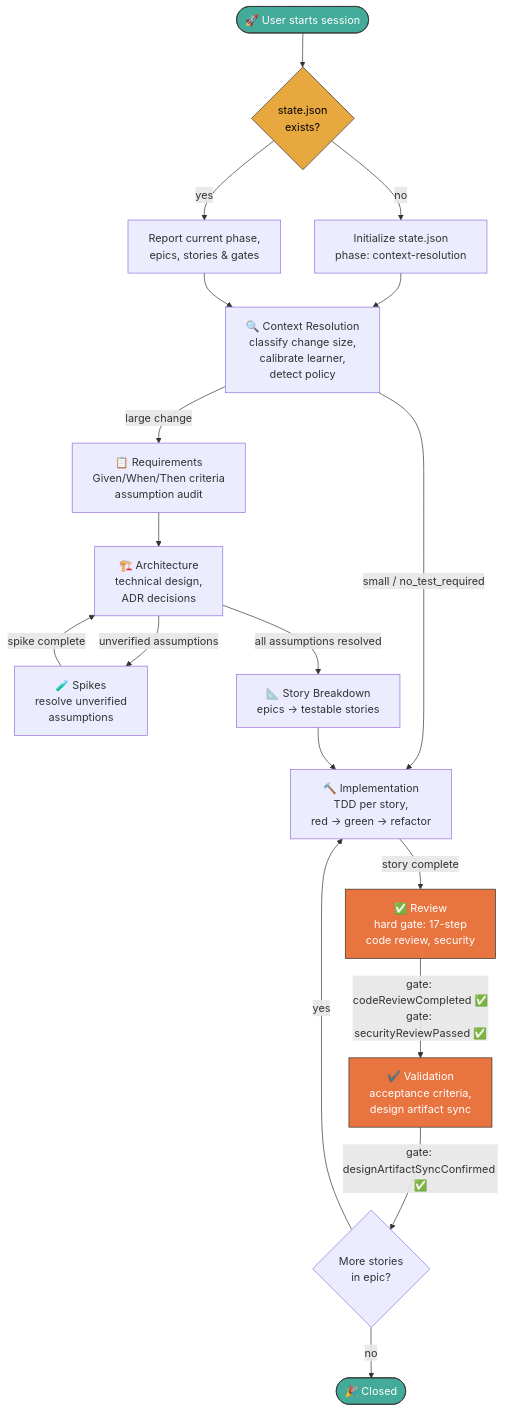
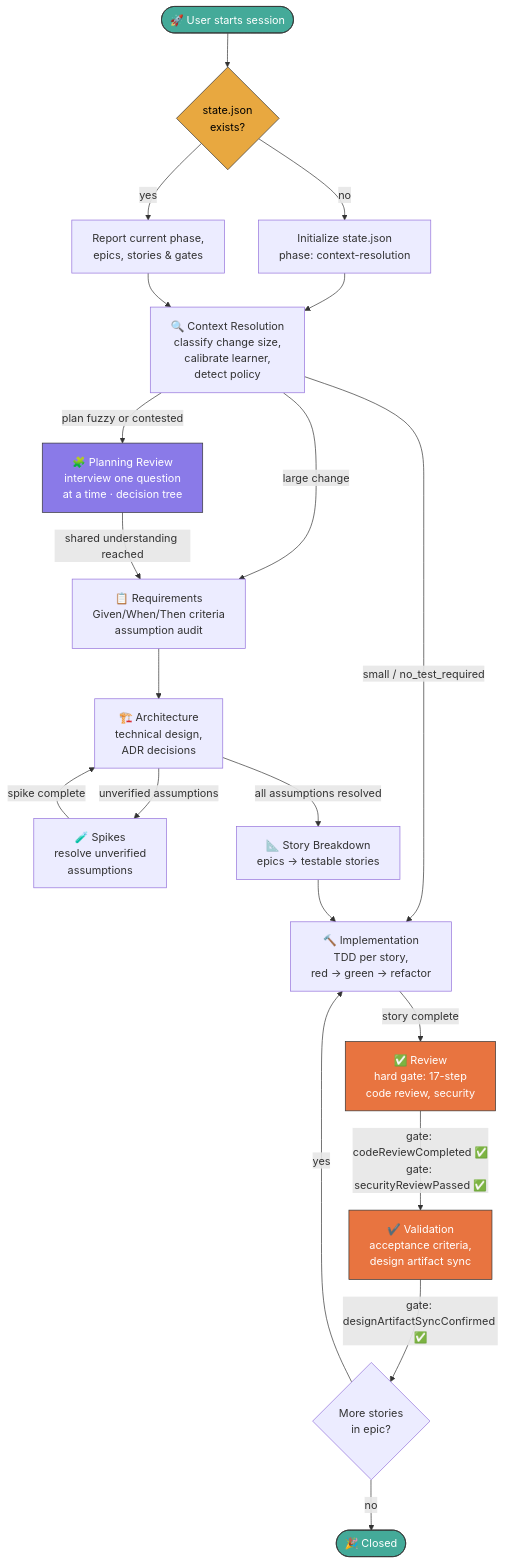
The diagram in README.md (naishtech/cadet-agent), drawn with Mermaid before and after one commit. The commit also changed other lines of this file and 14 other files, not shown here.

Commit message:
added planning review

````diff
--- a/README.md
+++ b/README.md
@@ -106,43 +107,48 @@
 ```mermaid
 flowchart TD
     START(["🚀 User starts session"])
     RESUME{"state.json<br/>exists?"}
     INIT["Initialize state.json<br/>phase: context-resolution"]
     REPORT["Report current phase,<br/>epics, stories & gates"]
     CR["🔍 Context Resolution<br/>classify change size,<br/>calibrate learner,<br/>detect policy"]
     REQ["📋 Requirements<br/>Given/When/Then criteria<br/>assumption audit"]
+    PLANREV["🧩 Planning Review<br/>interview one question<br/>at a time · decision tree"]
     ARCH["🏗️ Architecture<br/>technical design,<br/>ADR decisions"]
     SPIKE["🧪 Spikes<br/>resolve unverified<br/>assumptions"]
     BREAKDOWN["📐 Story Breakdown<br/>epics → testable stories"]
     IMPL["🔨 Implementation<br/>TDD per story,<br/>red → green → refactor"]
     REVIEW["✅ Review<br/>hard gate: 17-step<br/>code review, security"]
     VALIDATE["✔️ Validation<br/>acceptance criteria,<br/>design artifact sync"]
     CLOSED(["🎉 Closed"])
     NEXT_STORY{"More stories<br/>in epic?"}
 
     START --> RESUME
     RESUME -->|"no"| INIT --> CR
     RESUME -->|"yes"| REPORT --> CR
 
     CR -->|"large change"| REQ
+    CR -->|"plan fuzzy or contested"| PLANREV
     CR -->|"small / no_test_required"| IMPL
+
+    PLANREV -->|"shared understanding reached"| REQ
 
     REQ --> ARCH
     ARCH -->|"unverified assumptions"| SPIKE
     ARCH -->|"all assumptions resolved"| BREAKDOWN
     SPIKE -->|"spike complete"| ARCH
 
     BREAKDOWN --> IMPL
 
     IMPL -->|"story complete"| REVIEW
     REVIEW -->|"gate: codeReviewCompleted ✅<br/>gate: securityReviewPassed ✅"| VALIDATE
     VALIDATE -->|"gate: designArtifactSyncConfirmed ✅"| NEXT_STORY
     NEXT_STORY -->|"yes"| IMPL
     NEXT_STORY -->|"no"| CLOSED
 
     style START fill:#4a9,stroke:#333,color:#fff
     style CLOSED fill:#4a9,stroke:#333,color:#fff
     style RESUME fill:#e8a840,stroke:#333,color:#000
+    style PLANREV fill:#8a7ae8,stroke:#333,color:#fff
     style REVIEW fill:#e87440,stroke:#333,color:#fff
     style VALIDATE fill:#e87440,stroke:#333,color:#fff
 ```
````
